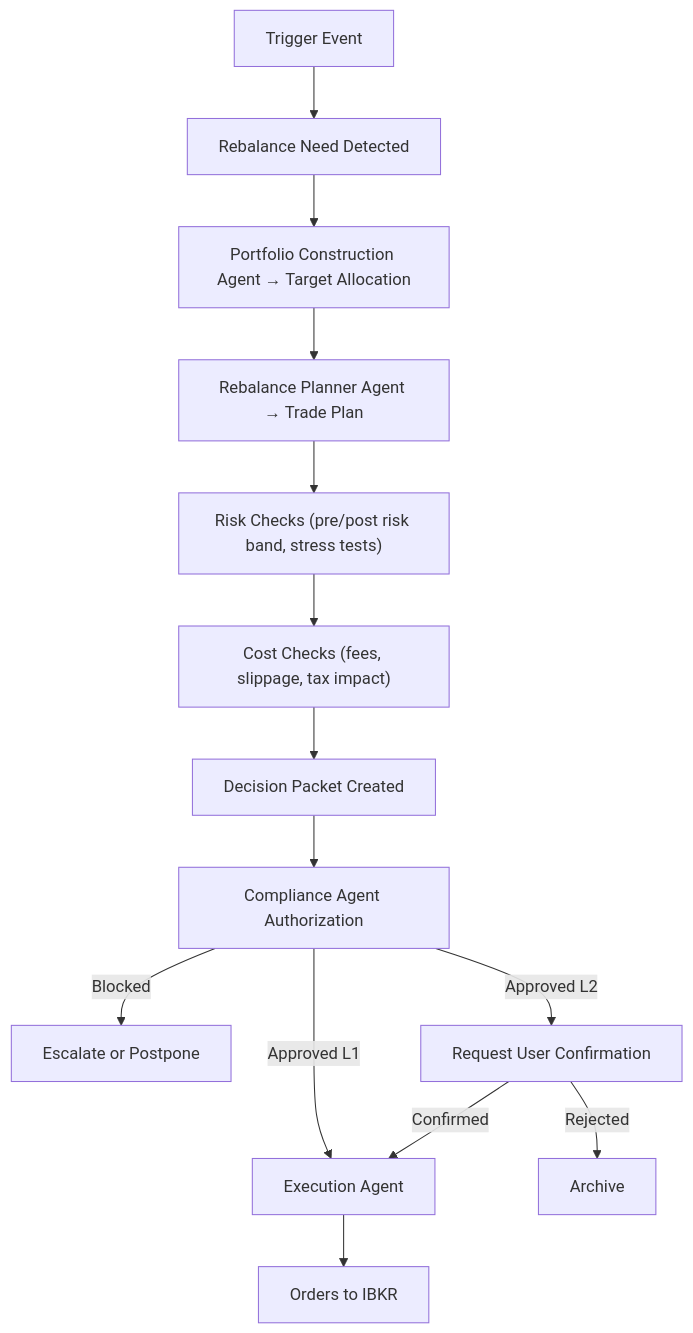
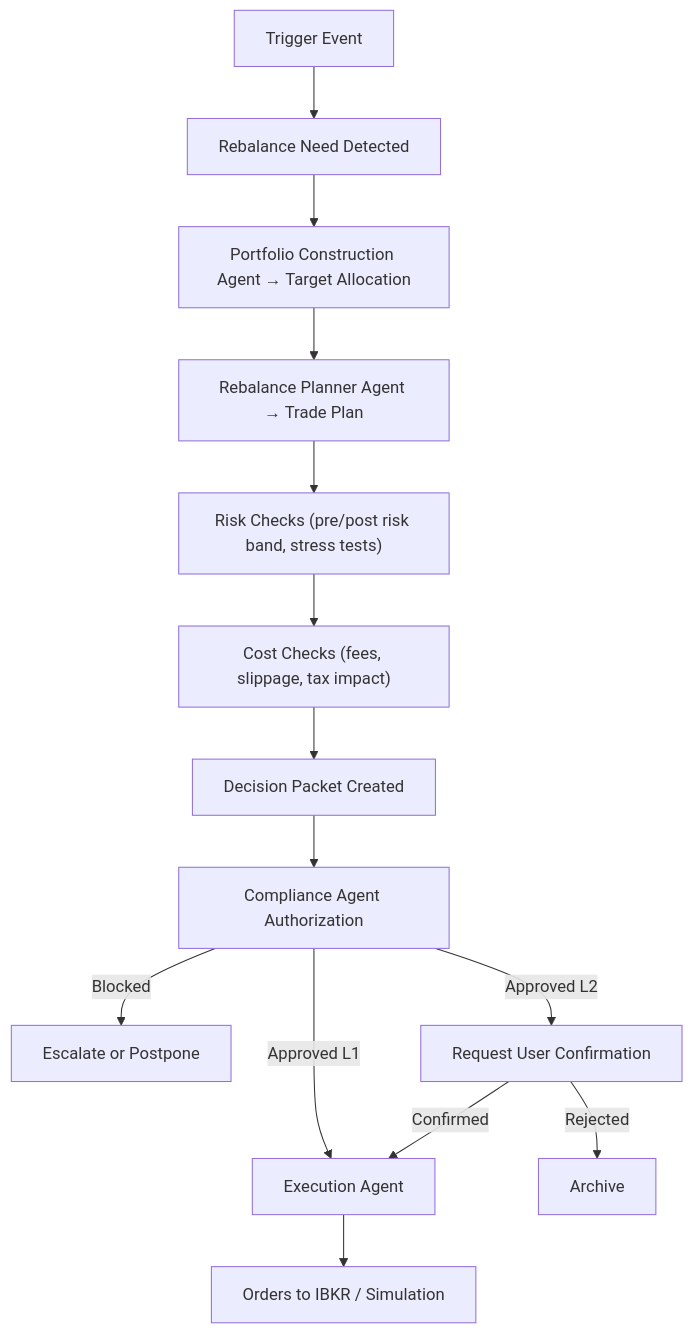
The first of 2 diagrams in specifications/02-system-architecture/portfolio-management.md (fabio-vitali/nestfolio), drawn with Mermaid before and after one commit. The commit also changed other lines of this file and 17 other files, not shown here.

````diff
--- a/specifications/02-system-architecture/portfolio-management.md
+++ b/specifications/02-system-architecture/portfolio-management.md
@@ -54,19 +60,19 @@
 ```mermaid
 flowchart TD
     TE["Trigger Event"] --> RND["Rebalance Need Detected"]
     RND --> PCA["Portfolio Construction Agent → Target Allocation"]
     PCA --> RPA["Rebalance Planner Agent → Trade Plan"]
     RPA --> RC["Risk Checks (pre/post risk band, stress tests)"]
     RC --> CC["Cost Checks (fees, slippage, tax impact)"]
     CC --> DP["Decision Packet Created"]
     DP --> CA["Compliance Agent Authorization"]
 
     CA -->|Blocked| ESP["Escalate or Postpone"]
     CA -->|Approved L2| UCR["Request User Confirmation"]
     CA -->|Approved L1| EA["Execution Agent"]
 
     UCR -->|Rejected| ARC["Archive"]
     UCR -->|Confirmed| EA
 
-    EA --> IBKR["Orders to IBKR"]
+    EA --> IBKR["Orders to IBKR / Simulation"]
 ```
````
